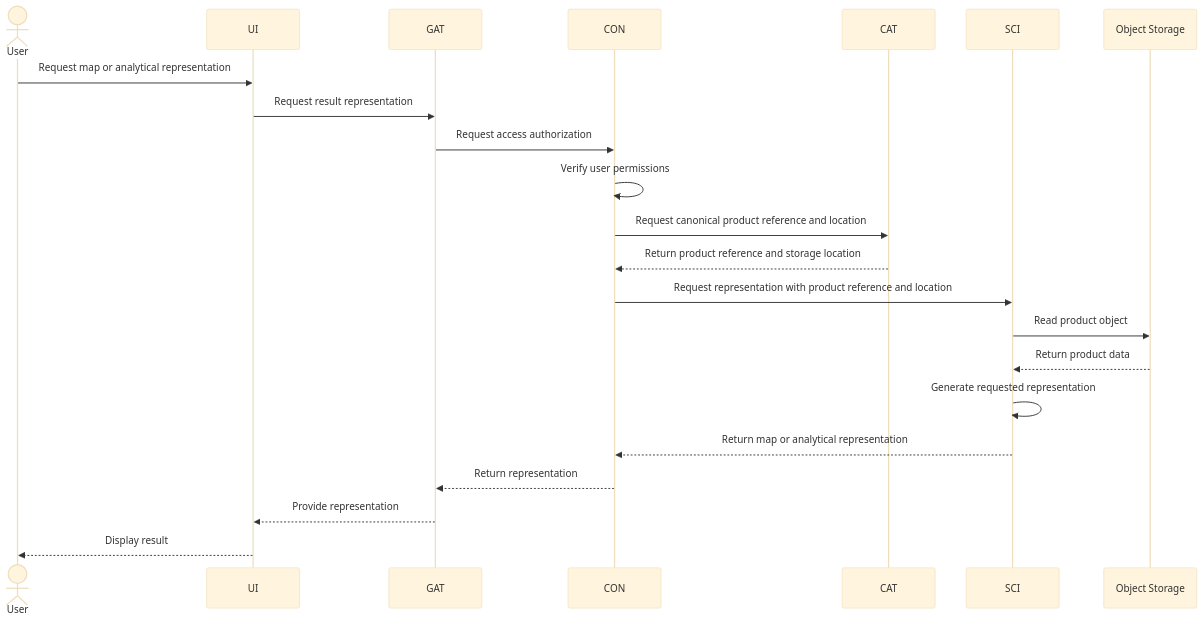
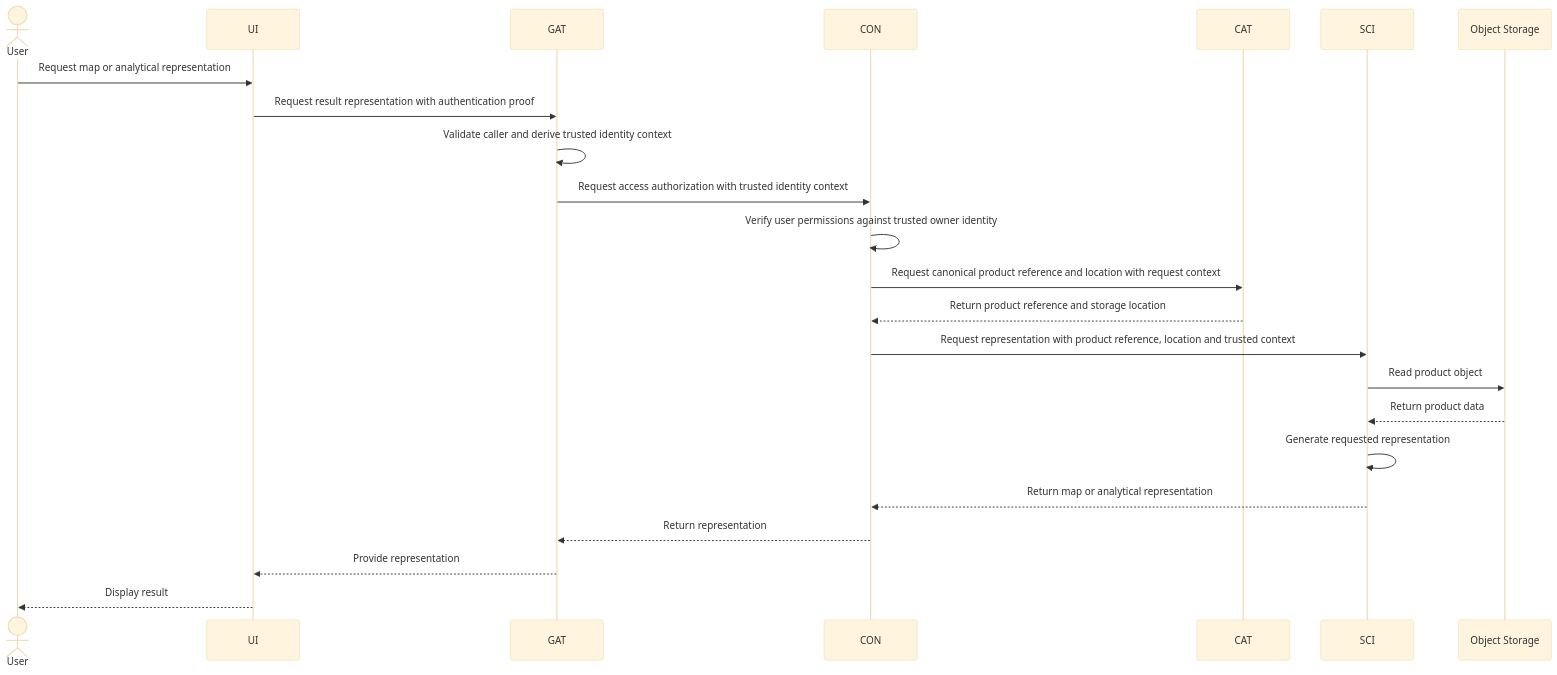
One commit to arnaudsomville/MEOGAP changed the first of 4 diagrams in documentation/architecture/sequence_diagrams/retrieve-and-display-result.md. Above: the diagram before and after it, drawn with Mermaid (base theme). The commit also changed other lines of this file, not shown here.

Commit message:
docs: integrate ENG-15 identity context in sequences

````diff
--- a/documentation/architecture/sequence_diagrams/retrieve-and-display-result.md
+++ b/documentation/architecture/sequence_diagrams/retrieve-and-display-result.md
@@ -22,25 +22,26 @@
 ```mermaid
 sequenceDiagram
     actor User
     participant UI
     participant GAT
     participant CON
     participant CAT
     participant SCI
     participant S3 as Object Storage
 
     User->>UI: Request map or analytical representation
-    UI->>GAT: Request result representation
-    GAT->>CON: Request access authorization
-    CON->>CON: Verify user permissions
-    CON->>CAT: Request canonical product reference and location
+    UI->>GAT: Request result representation with authentication proof
+    GAT->>GAT: Validate caller and derive trusted identity context
+    GAT->>CON: Request access authorization with trusted identity context
+    CON->>CON: Verify user permissions against trusted owner identity
+    CON->>CAT: Request canonical product reference and location with request context
     CAT-->>CON: Return product reference and storage location
-    CON->>SCI: Request representation with product reference and location
+    CON->>SCI: Request representation with product reference, location and trusted context
     SCI->>S3: Read product object
     S3-->>SCI: Return product data
     SCI->>SCI: Generate requested representation
     SCI-->>CON: Return map or analytical representation
     CON-->>GAT: Return representation
     GAT-->>UI: Provide representation
     UI-->>User: Display result
 ```
````
